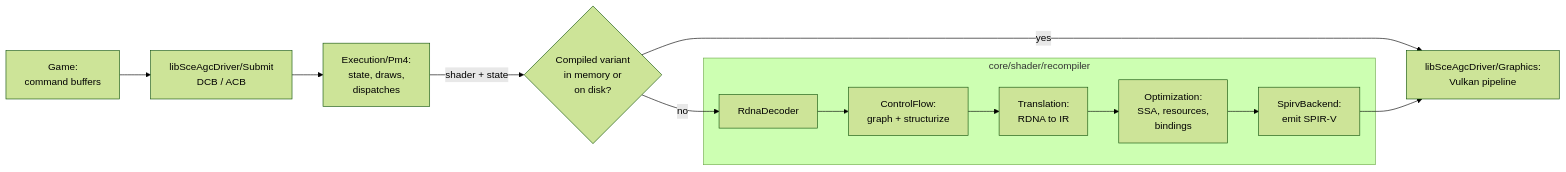
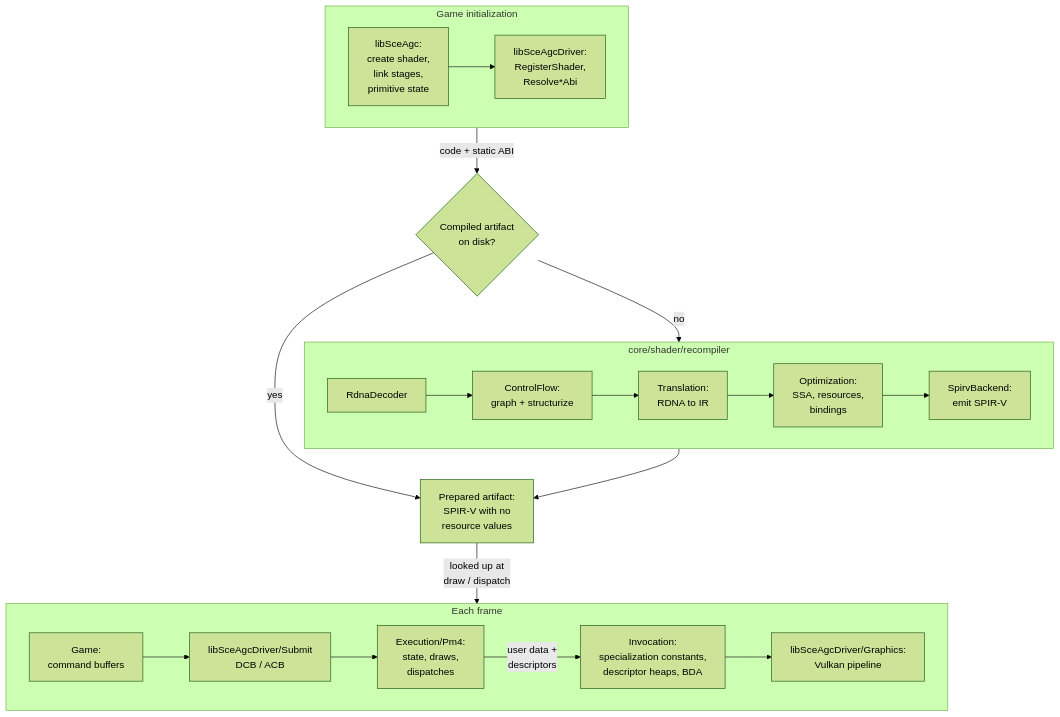
One commit to notaxeltv/my-anyps5 changed the second of 2 diagrams in docs/dev/ARCHITECTURE.md. Above: the diagram before and after it, drawn with Mermaid (forest theme). The commit also changed other lines of this file and 712 other files, not shown here.

````diff
--- a/docs/dev/ARCHITECTURE.md
+++ b/docs/dev/ARCHITECTURE.md
@@ -50,17 +50,29 @@
 ```mermaid
-flowchart LR
-    game["Game:<br/>command buffers"] --> submit["libSceAgcDriver/Submit<br/>DCB / ACB"]
-    submit --> pm4["Execution/Pm4:<br/>state, draws,<br/>dispatches"]
-    pm4 -- "shader + state" --> cache{"Compiled variant<br/>in memory or<br/>on disk?"}
-    cache -- yes --> vk
-    cache -- no --> dec
+flowchart TB
+    subgraph init["Game initialization"]
+        direction LR
+        create["libSceAgc:<br/>create shader,<br/>link stages,<br/>primitive state"] --> reg["libSceAgcDriver:<br/>RegisterShader,<br/>Resolve*Abi"]
+    end
 
     subgraph recompiler["core/shader/recompiler"]
+        direction LR
         dec["RdnaDecoder"] --> cf["ControlFlow:<br/>graph + structurize"]
         cf --> tr["Translation:<br/>RDNA to IR"]
         tr --> opt["Optimization:<br/>SSA, resources,<br/>bindings"]
         opt --> spv["SpirvBackend:<br/>emit SPIR-V"]
     end
 
-    spv --> vk["libSceAgcDriver/Graphics:<br/>Vulkan pipeline"]
+    subgraph frame["Each frame"]
+        direction LR
+        game["Game:<br/>command buffers"] --> submit["libSceAgcDriver/Submit<br/>DCB / ACB"]
+        submit --> pm4["Execution/Pm4:<br/>state, draws,<br/>dispatches"]
+        pm4 -- "user data +<br/>descriptors" --> inv["Invocation:<br/>specialization constants,<br/>descriptor heaps, BDA"]
+        inv --> vk["libSceAgcDriver/Graphics:<br/>Vulkan pipeline"]
+    end
+
+    init -- "code + static ABI" --> disk{"Compiled artifact<br/>on disk?"}
+    disk -- no --> recompiler
+    disk -- yes --> art["Prepared artifact:<br/>SPIR-V with no<br/>resource values"]
+    recompiler --> art
+    art -- "looked up at<br/>draw / dispatch" --> frame
 ```
````
